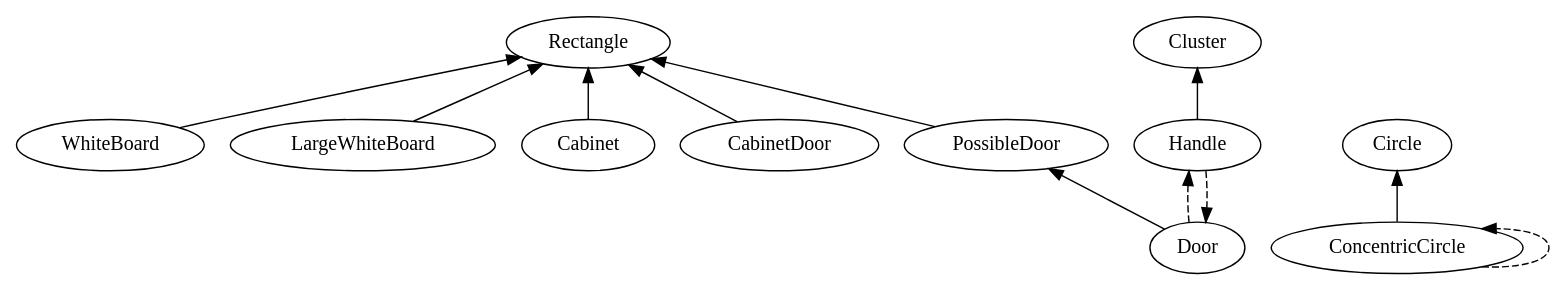
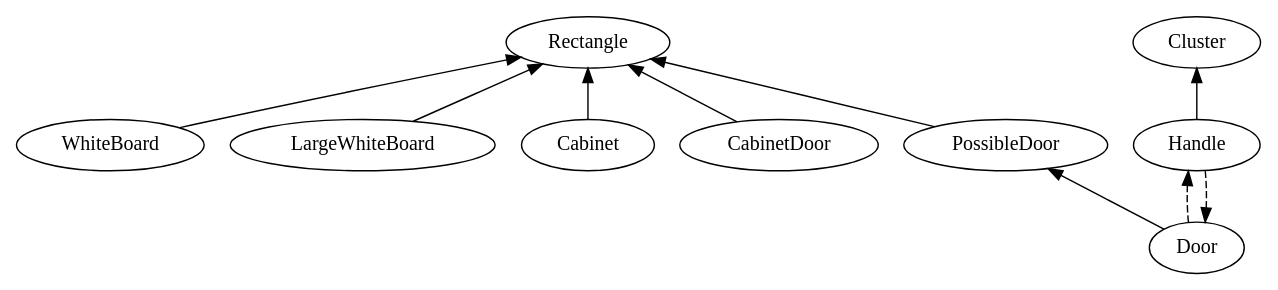
One commit to boris-il-forte/Tesi changed the diagram in diagrammi/classifier.dot. Above: the diagram before and after it, drawn with Graphviz. The commit also changed 7 other files, not shown here.

```diff
--- a/diagrammi/classifier.dot
+++ b/diagrammi/classifier.dot
@@ -1,25 +1,21 @@
 digraph G {
 graph [rankdir=BT];
 0[label=Rectangle];
 1[label=Cluster];
 2[label=WhiteBoard];
 3[label=LargeWhiteBoard];
 4[label=Cabinet];
 5[label=CabinetDoor];
 6[label=PossibleDoor];
 7[label=Door];
 8[label=Handle];
-9[label=Circle];
-10[label=ConcentricCircle];
 2->0 ;
 3->0 ;
 4->0 ;
 5->0 ;
 6->0 ;
 7->6 ;
 7->8 [style=dashed];
 8->1 ;
 8->7 [style=dashed];
-10->9 ;
-10->10 [style=dashed];
 }
```
